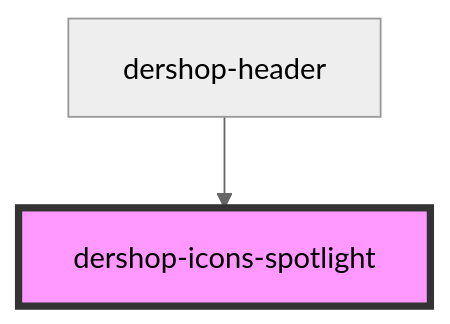
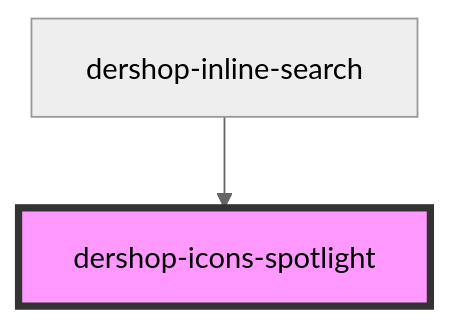
Before and after one commit to corejam/corejam: the diagram in packages/plugins/dershop/app/components/icons/icons-spotlight/readme.md, drawn with Mermaid (neutral theme). The commit also changed other lines of this file and 9 other files, not shown here.

Commit message:
revert graphql

````diff
--- a/packages/plugins/dershop/app/components/icons/icons-spotlight/readme.md
+++ b/packages/plugins/dershop/app/components/icons/icons-spotlight/readme.md
@@ -15,5 +15,5 @@
 ```mermaid
 graph TD;
-  dershop-header --> dershop-icons-spotlight
+  dershop-inline-search --> dershop-icons-spotlight
   style dershop-icons-spotlight fill:#f9f,stroke:#333,stroke-width:4px
 ```
````
